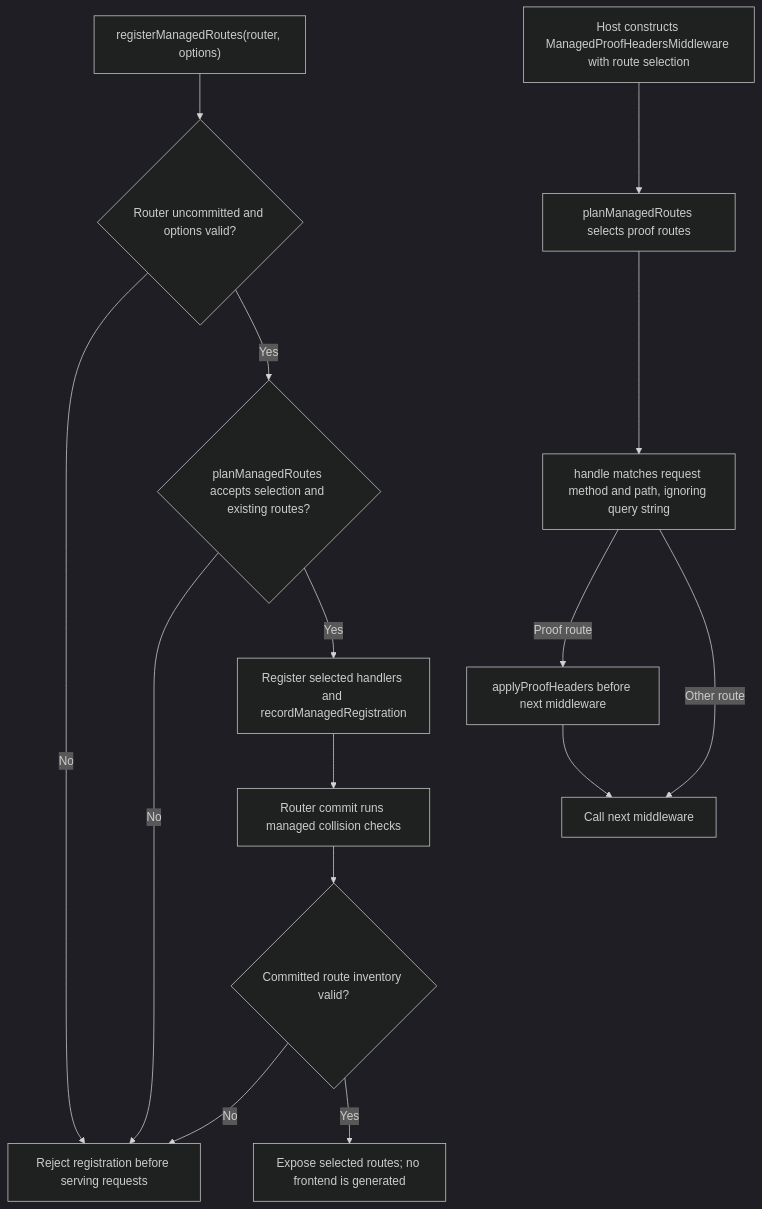
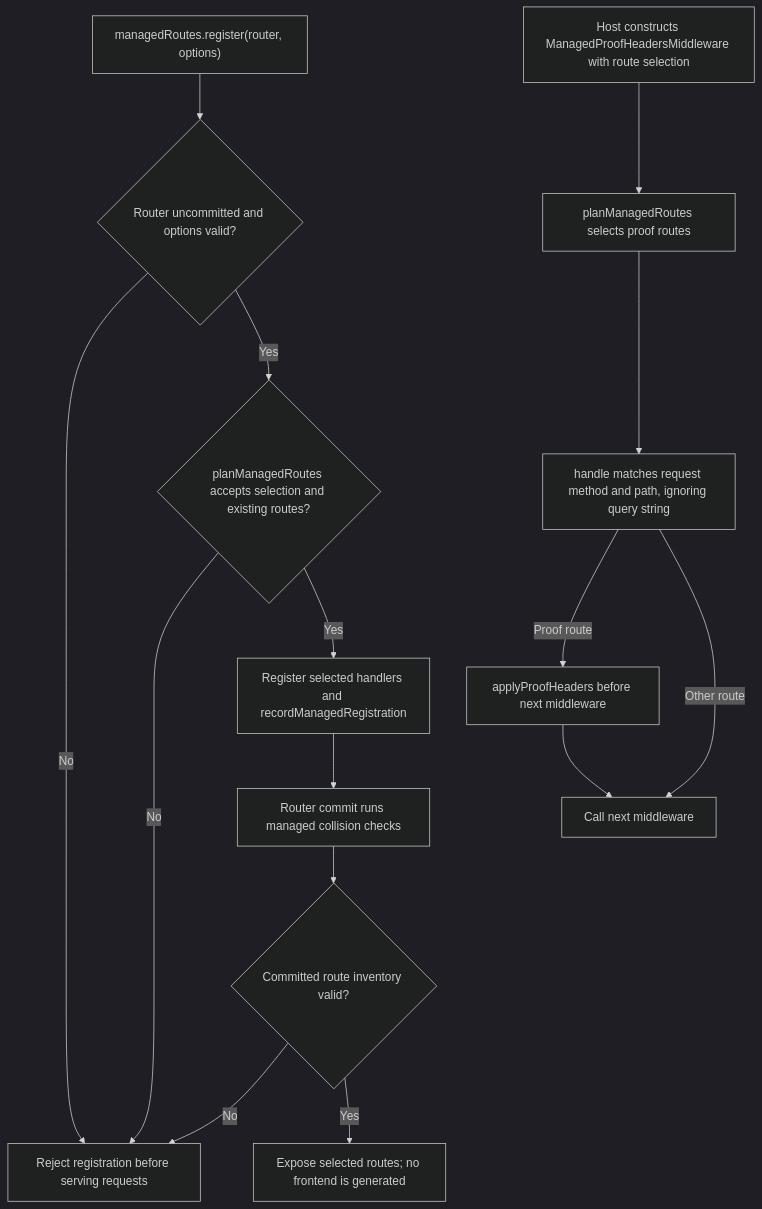
Before and after one commit to Kevinjohn/oss-adonisjs-account-kit: the second of 2 diagrams in user-stories/US-ACCOUNT-29-mount-managed-routes.md, drawn with Mermaid (dark theme). The commit also changed other lines of this file and 52 other files, not shown here.

First line of the commit message:
Record managed route registrations in a ManagedRoutes service the provider binds

````diff
--- a/user-stories/US-ACCOUNT-29-mount-managed-routes.md
+++ b/user-stories/US-ACCOUNT-29-mount-managed-routes.md
@@ -34,17 +34,17 @@
 ```mermaid
 flowchart TD
- A["registerManagedRoutes(router, options)"] --> B{"Router uncommitted and options valid?"}
+ A["managedRoutes.register(router, options)"] --> B{"Router uncommitted and options valid?"}
  B -->|No| F
  B -->|Yes| C{"planManagedRoutes accepts selection and existing routes?"}
  C -->|No| F["Reject registration before serving requests"]
  C -->|Yes| H["Register selected handlers and recordManagedRegistration"]
  H --> D["Router commit runs managed collision checks"]
  D --> E{"Committed route inventory valid?"}
  E -->|No| F["Reject registration before serving requests"]
  E -->|Yes| G["Expose selected routes; no frontend is generated"]
  P["Host constructs ManagedProofHeadersMiddleware with route selection"] --> Q["planManagedRoutes selects proof routes"]
  Q --> R["handle matches request method and path, ignoring query string"]
  R -->|Proof route| S["applyProofHeaders before next middleware"]
  R -->|Other route| T["Call next middleware"]
  S --> T
 ```
````
